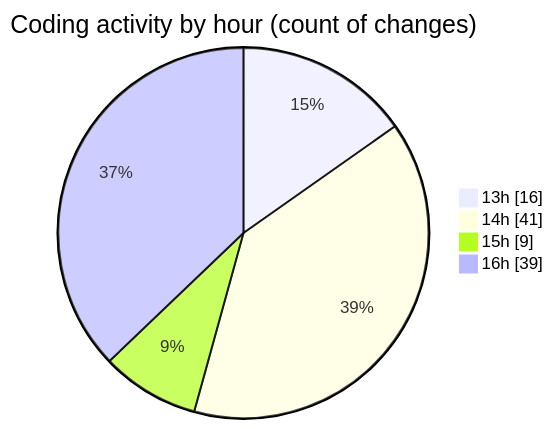
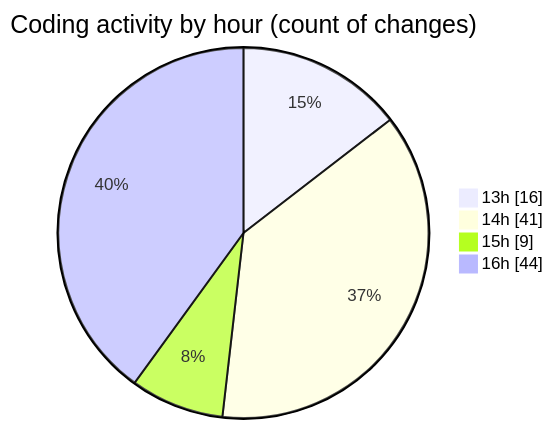
Before and after one commit to momahboobian/code-tracking: the second of 2 diagrams in 2026-02-04/cda/README.md, drawn with Mermaid. The commit also changed other lines of this file and 1 other file, not shown here.

````diff
--- a/2026-02-04/cda/README.md
+++ b/2026-02-04/cda/README.md
@@ -38,8 +39,8 @@
 ```mermaid
 pie showData
 title Coding activity by hour (count of changes)
 "13h" : 16
 "14h" : 41
 "15h" : 9
-"16h" : 39
+"16h" : 44
 ```
````
